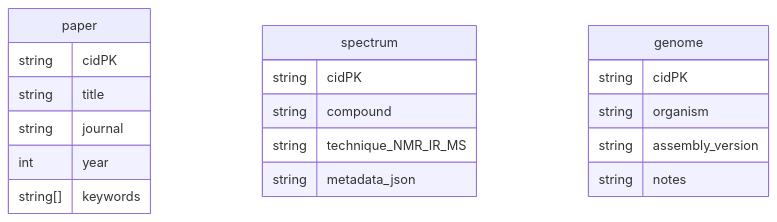
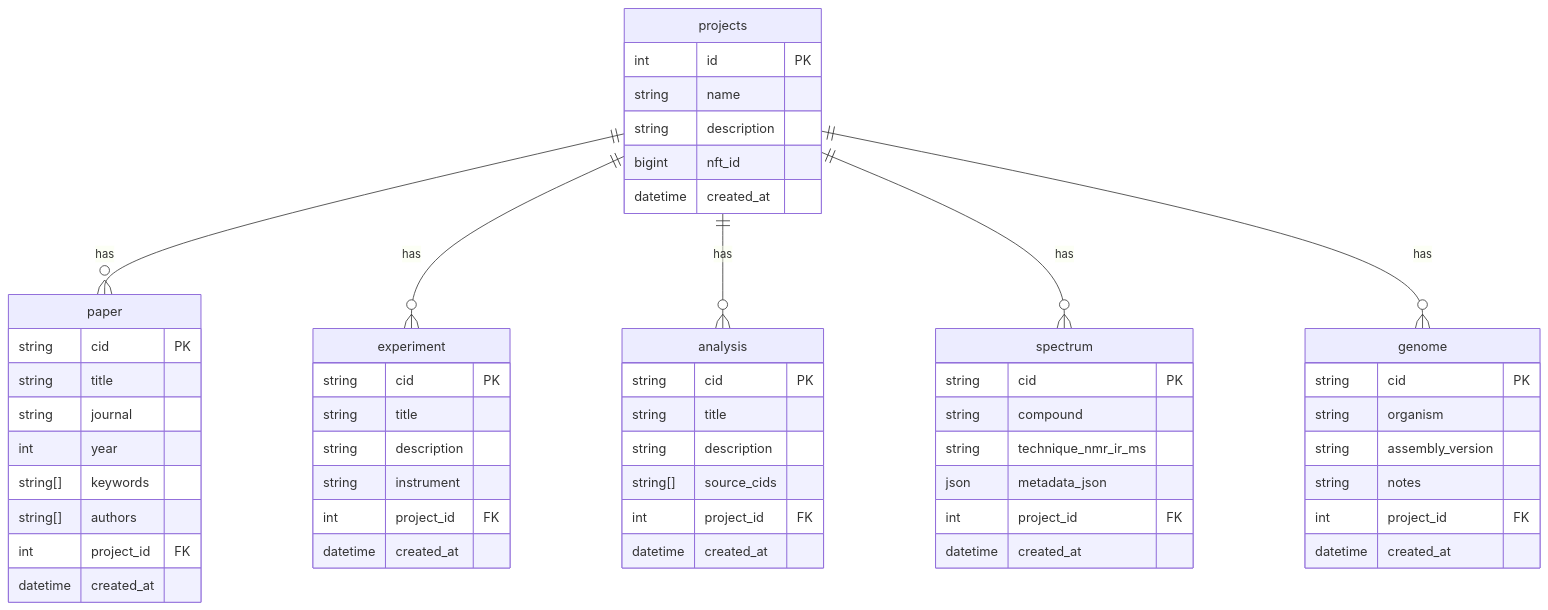
One commit to KintaGen/.github changed the first of 10 diagrams in profile/README.md. Above: the diagram before and after it, drawn with Mermaid. The commit also changed other lines of this file, not shown here.

````diff
--- a/profile/README.md
+++ b/profile/README.md
@@ -21,22 +21,64 @@
 ```mermaid
 erDiagram
+  projects {
+    int      id PK
+    string   name
+    string   description
+    bigint   nft_id
+    datetime created_at
+  }
+
   paper {
-    string cidPK
-    string title
-    string journal
-    int    year
+    string   cid PK
+    string   title
+    string   journal
+    int      year
     string[] keywords
+    string[] authors
+    int      project_id FK
+    datetime created_at
   }
+
+  experiment {
+    string   cid PK
+    string   title
+    string   description
+    string   instrument
+    int      project_id FK
+    datetime created_at
+  }
+
+  analysis {
+    string   cid PK
+    string   title
+    string   description
+    string[] source_cids
+    int      project_id FK
+    datetime created_at
+  }
+
   spectrum {
-    string cidPK
-    string compound
-    string technique_NMR_IR_MS
-    string metadata_json
+    string   cid PK
+    string   compound
+    string   technique_nmr_ir_ms
+    json     metadata_json
+    int      project_id FK
+    datetime created_at
   }
+
   genome {
-    string cidPK
-    string organism
-    string assembly_version
-    string notes
+    string   cid PK
+    string   organism
+    string   assembly_version
+    string   notes
+    int      project_id FK
+    datetime created_at
   }
+
+  projects ||--o{ paper      : "has"
+  projects ||--o{ experiment : "has"
+  projects ||--o{ analysis   : "has"
+  projects ||--o{ spectrum   : "has"
+  projects ||--o{ genome     : "has"
+
 ```
````
